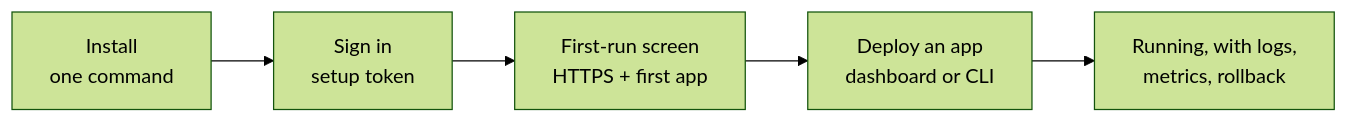
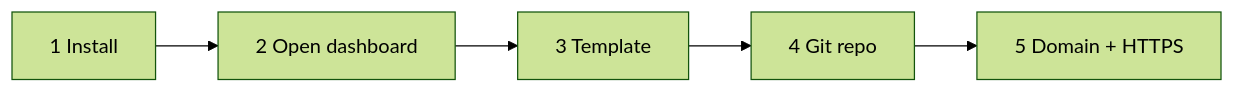
Before and after one commit to glincker/levelrail: the diagram in docs/getting-started.md, drawn with Mermaid (forest theme). The commit also changed other lines of this file and 1 other file, not shown here.

Commit message:
docs: tighten the getting started and first 15 minutes guides and verify every command

````diff
--- a/docs/getting-started.md
+++ b/docs/getting-started.md
@@ -13,7 +15,7 @@
 ```mermaid
 flowchart LR
-  A["Install<br/>one command"] --> B["Sign in<br/>setup token"]
-  B --> C["First-run screen<br/>HTTPS + first app"]
-  C --> D["Deploy an app<br/>dashboard or CLI"]
-  D --> E["Running, with logs,<br/>metrics, rollback"]
+  A["1 Install"] --> B["2 Open dashboard"]
+  B --> C["3 Template"]
+  C --> D["4 Git repo"]
+  D --> E["5 Domain + HTTPS"]
 ```
````
